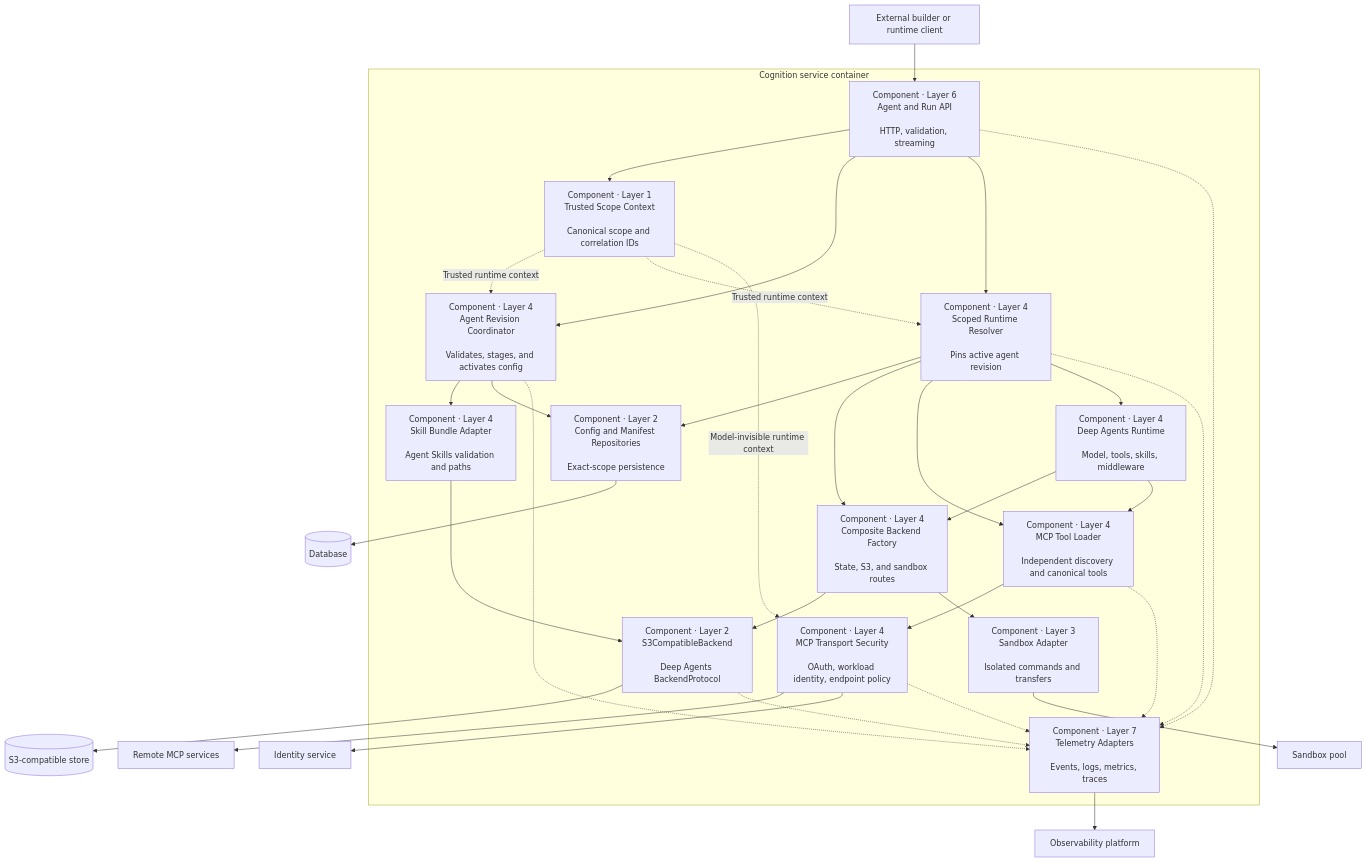
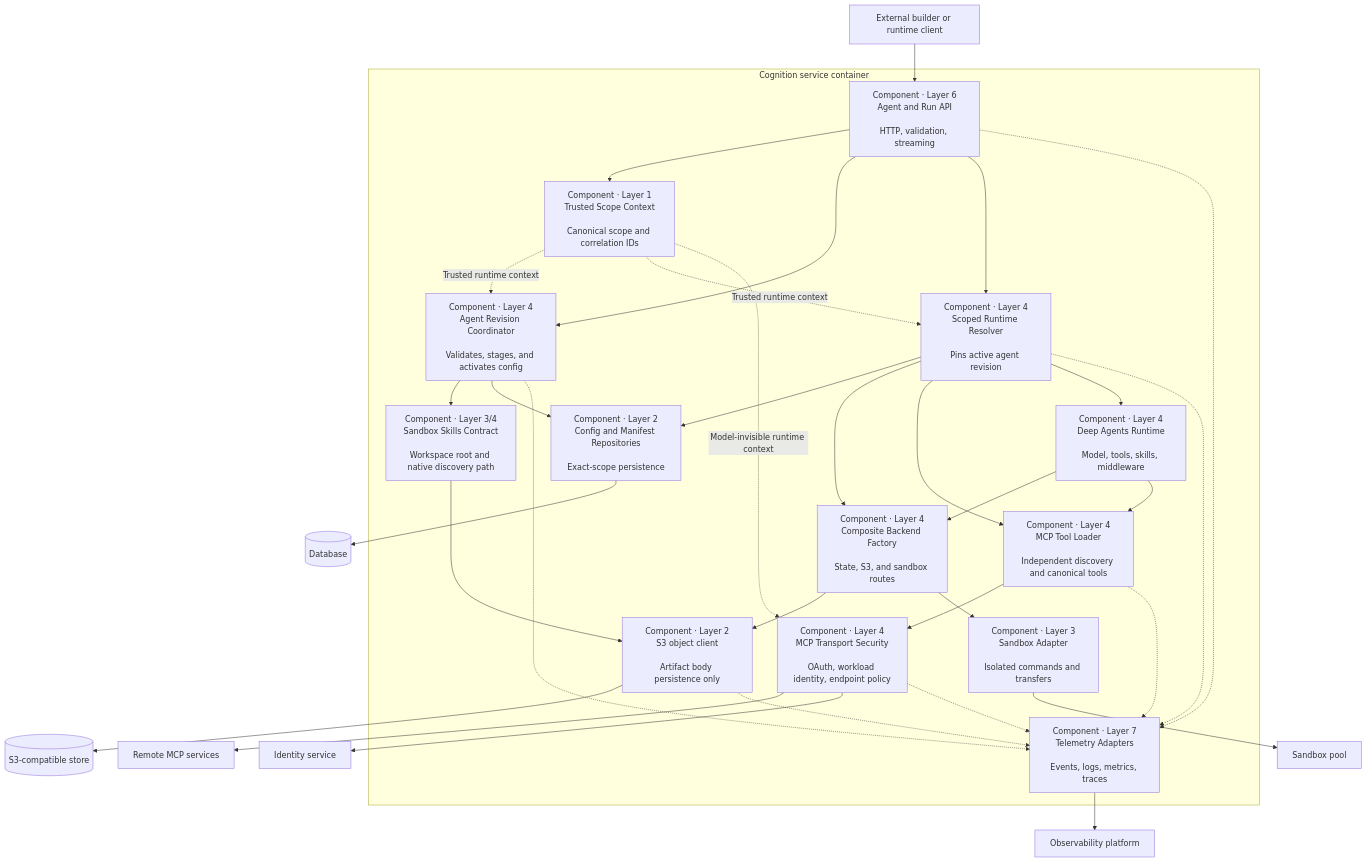
The third of 7 diagrams in docs/proposals/v0.14.0-deep-agents-skills-mcp-storage.md (CognicellAI/Cognition), drawn with Mermaid before and after one commit. The commit also changed other lines of this file and 39 other files, not shown here.

Commit message:
refactor: use native sandbox skills

````diff
--- a/docs/proposals/v0.14.0-deep-agents-skills-mcp-storage.md
+++ b/docs/proposals/v0.14.0-deep-agents-skills-mcp-storage.md
@@ -156,58 +156,58 @@
 ```mermaid
 flowchart TB
     client["External builder or runtime client"]
     mcp_ext["Remote MCP services"]
     identity_ext["Identity service"]
     db[("Database")]
     s3[("S3-compatible store")]
     sandbox_ext["Sandbox pool"]
     obs_ext["Observability platform"]
 
     subgraph service["Cognition service container"]
         api["Component · Layer 6<br/>Agent and Run API<br/><br/>HTTP, validation, streaming"]
         scope["Component · Layer 1<br/>Trusted Scope Context<br/><br/>Canonical scope and correlation IDs"]
         revision["Component · Layer 4<br/>Agent Revision Coordinator<br/><br/>Validates, stages, and activates config"]
-        skill["Component · Layer 4<br/>Skill Bundle Adapter<br/><br/>Agent Skills validation and paths"]
+        skill["Component · Layer 3/4<br/>Sandbox Skills Contract<br/><br/>Workspace root and native discovery path"]
         resolver["Component · Layer 4<br/>Scoped Runtime Resolver<br/><br/>Pins active agent revision"]
         backend_factory["Component · Layer 4<br/>Composite Backend Factory<br/><br/>State, S3, and sandbox routes"]
         mcp_loader["Component · Layer 4<br/>MCP Tool Loader<br/><br/>Independent discovery and canonical tools"]
         mcp_security["Component · Layer 4<br/>MCP Transport Security<br/><br/>OAuth, workload identity, endpoint policy"]
         runtime["Component · Layer 4<br/>Deep Agents Runtime<br/><br/>Model, tools, skills, middleware"]
         execution["Component · Layer 3<br/>Sandbox Adapter<br/><br/>Isolated commands and transfers"]
         repository["Component · Layer 2<br/>Config and Manifest Repositories<br/><br/>Exact-scope persistence"]
-        object_backend["Component · Layer 2<br/>S3CompatibleBackend<br/><br/>Deep Agents BackendProtocol"]
+        object_backend["Component · Layer 2<br/>S3 object client<br/><br/>Artifact body persistence only"]
         telemetry["Component · Layer 7<br/>Telemetry Adapters<br/><br/>Events, logs, metrics, traces"]
     end
 
     client --> api
     api --> scope
     api --> revision
     api --> resolver
     revision --> skill
     revision --> repository
     skill --> object_backend
     resolver --> repository
     resolver --> backend_factory
     resolver --> mcp_loader
     mcp_loader --> mcp_security
     resolver --> runtime
     backend_factory --> object_backend
     backend_factory --> execution
     runtime --> backend_factory
     runtime --> mcp_loader
     repository --> db
     object_backend --> s3
     execution --> sandbox_ext
     mcp_security --> mcp_ext
     mcp_security --> identity_ext
     mcp_security -.-> telemetry
     scope -.->|"Trusted runtime context"| revision
     scope -.->|"Trusted runtime context"| resolver
     scope -.->|"Model-invisible runtime context"| mcp_security
     api -.-> telemetry
     revision -.-> telemetry
     resolver -.-> telemetry
     object_backend -.-> telemetry
     mcp_loader -.-> telemetry
     telemetry --> obs_ext
 ```
````
